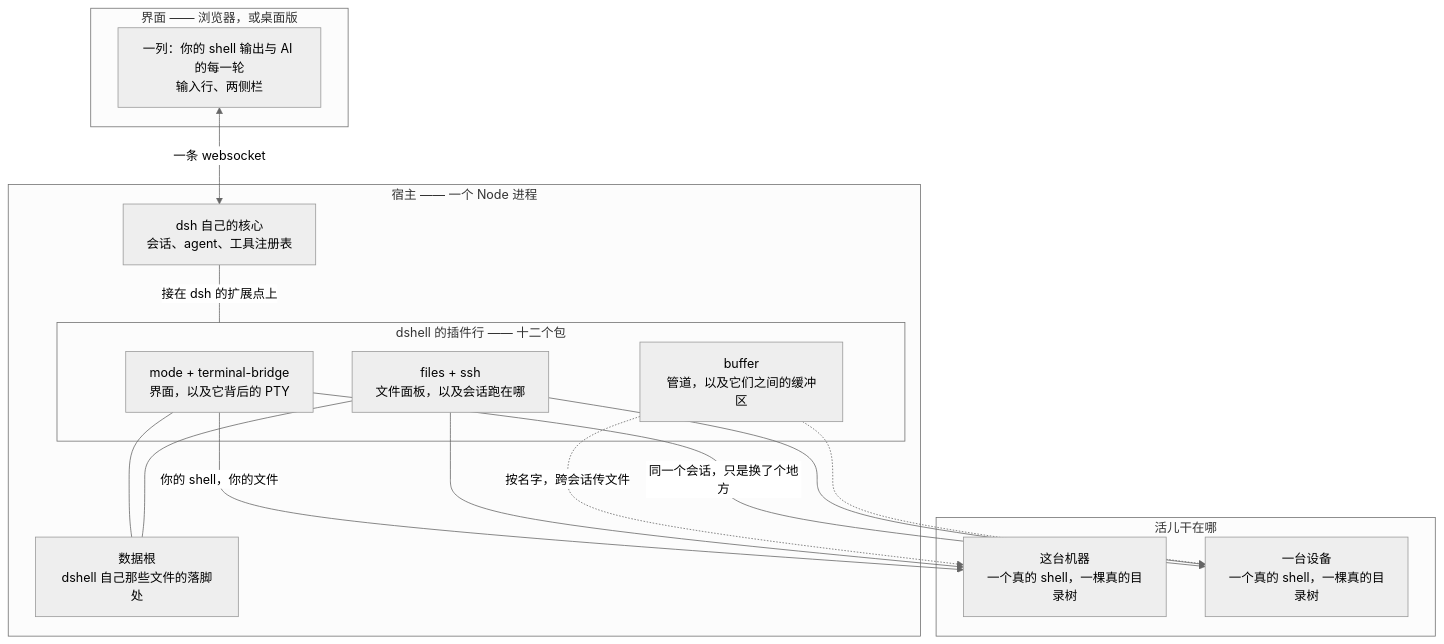
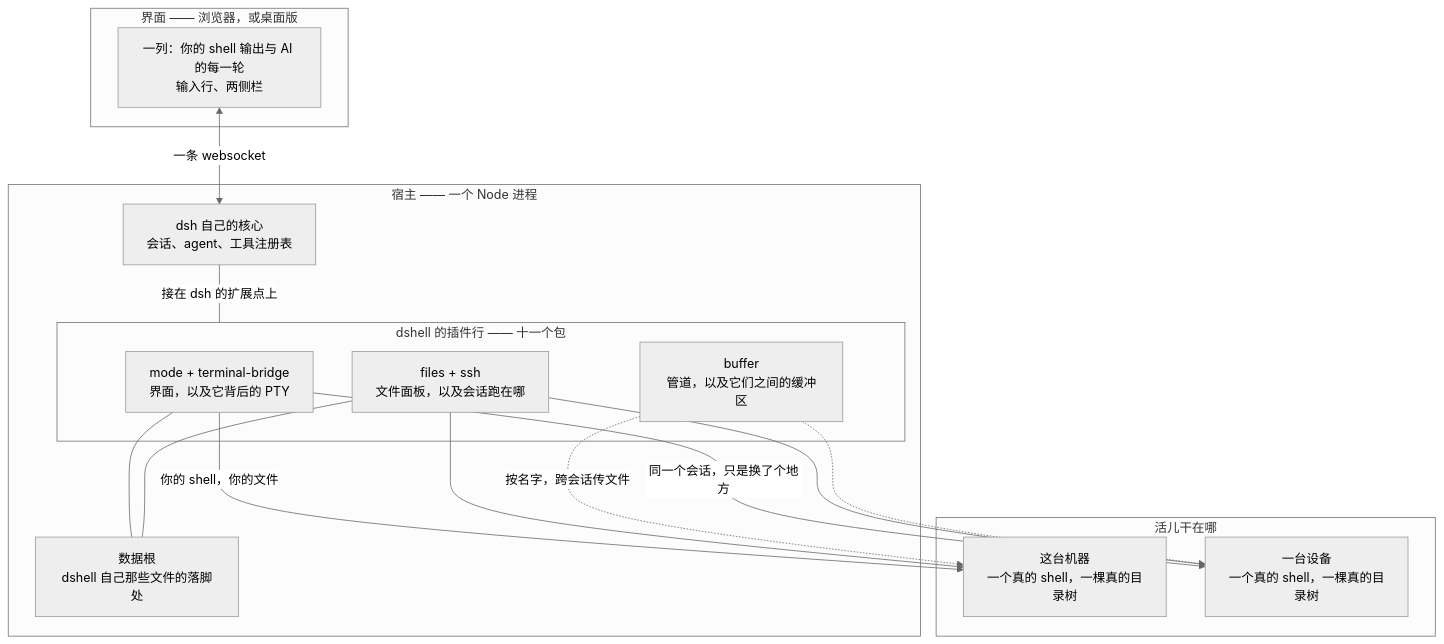
Before and after one commit to Nexus-Aethra/Nexus-Terminal: the first of 10 diagrams in README.zh-CN.md, drawn with Mermaid (neutral theme). The commit also changed other lines of this file and 65 other files, not shown here.

````diff
--- a/README.zh-CN.md
+++ b/README.zh-CN.md
@@ -46,29 +45,29 @@
 ```mermaid
 flowchart TB
   subgraph WIN["界面 —— 浏览器，或桌面版"]
     UI["一列：你的 shell 输出与 AI 的每一轮<br/>输入行、两侧栏"]
   end
   subgraph HOST["宿主 —— 一个 Node 进程"]
     CORE["dsh 自己的核心<br/>会话、agent、工具注册表"]
-    subgraph ROWS["dshell 的插件行 —— 十二个包"]
+    subgraph ROWS["dshell 的插件行 —— 十一个包"]
       VIEW["mode + terminal-bridge<br/>界面，以及它背后的 PTY"]
       PANE["files + ssh<br/>文件面板，以及会话跑在哪"]
       LINK["buffer<br/>管道，以及它们之间的缓冲区"]
     end
     ROOT["数据根<br/>dshell 自己那些文件的落脚处"]
   end
   subgraph WORLD["活儿干在哪"]
     HERE["这台机器<br/>一个真的 shell，一棵真的目录树"]
     THERE["一台设备<br/>一个真的 shell，一棵真的目录树"]
   end
   UI <-->|"一条 websocket"| CORE
   CORE ---|"接在 dsh 的扩展点上"| ROWS
   VIEW -->|"你的 shell，你的文件"| HERE
   VIEW -->|"同一个会话，只是换了个地方"| THERE
   PANE --> HERE
   PANE --> THERE
   LINK -.->|"按名字，跨会话传文件"| HERE
   LINK -.-> THERE
   VIEW --- ROOT
   PANE --- ROOT
 ```
````
